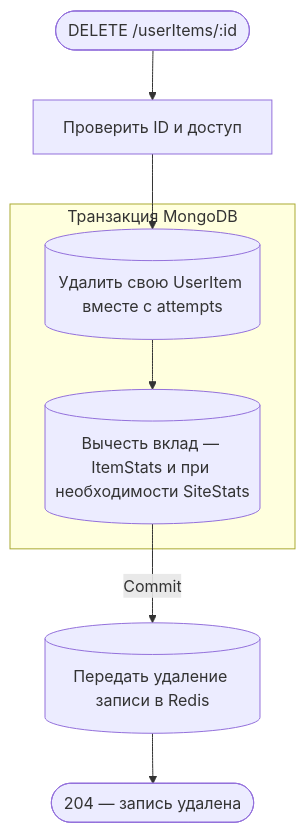
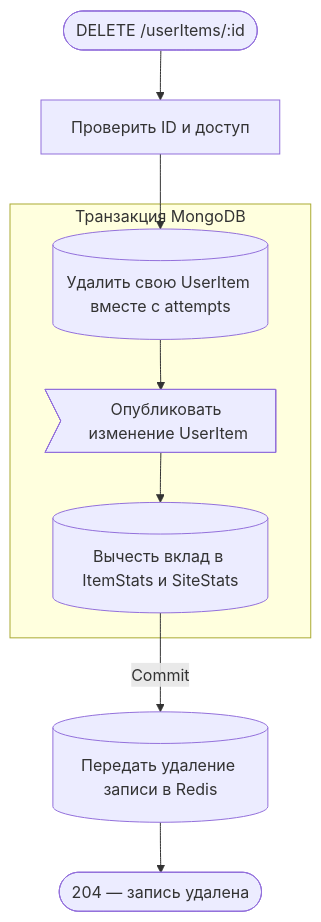
Before and after one commit to AmyGrooove/f95-tinder: the seventh of 9 diagrams in apps/api/public/docs/api/requestFlows/userItems.md, drawn with Mermaid. The commit also changed other lines of this file and 50 other files, not shown here.

````diff
--- a/apps/api/public/docs/api/requestFlows/userItems.md
+++ b/apps/api/public/docs/api/requestFlows/userItems.md
@@ -170,13 +174,14 @@
 ```mermaid
 flowchart TD
     accTitle: Удаление записи библиотеки
     accDescr: В транзакции удалить собственную UserItem и вычесть её статистику и ответить
     A(["DELETE /userItems/:id"]):::http --> B["Проверить ID и доступ"]:::action
     subgraph TX["Транзакция MongoDB"]
         C[("Удалить свою UserItem вместе с attempts")]:::data
-        C --> D[("Вычесть вклад — ItemStats и при необходимости SiteStats")]:::data
+        C --> V>"Опубликовать изменение UserItem"]:::event
+        V --> D[("Вычесть вклад в ItemStats и SiteStats")]:::data
     end
     B --> C
     D -->|Commit| H[("Передать удаление записи в Redis")]:::data
     H --> R(["204 — запись удалена"]):::http
 ```
````
